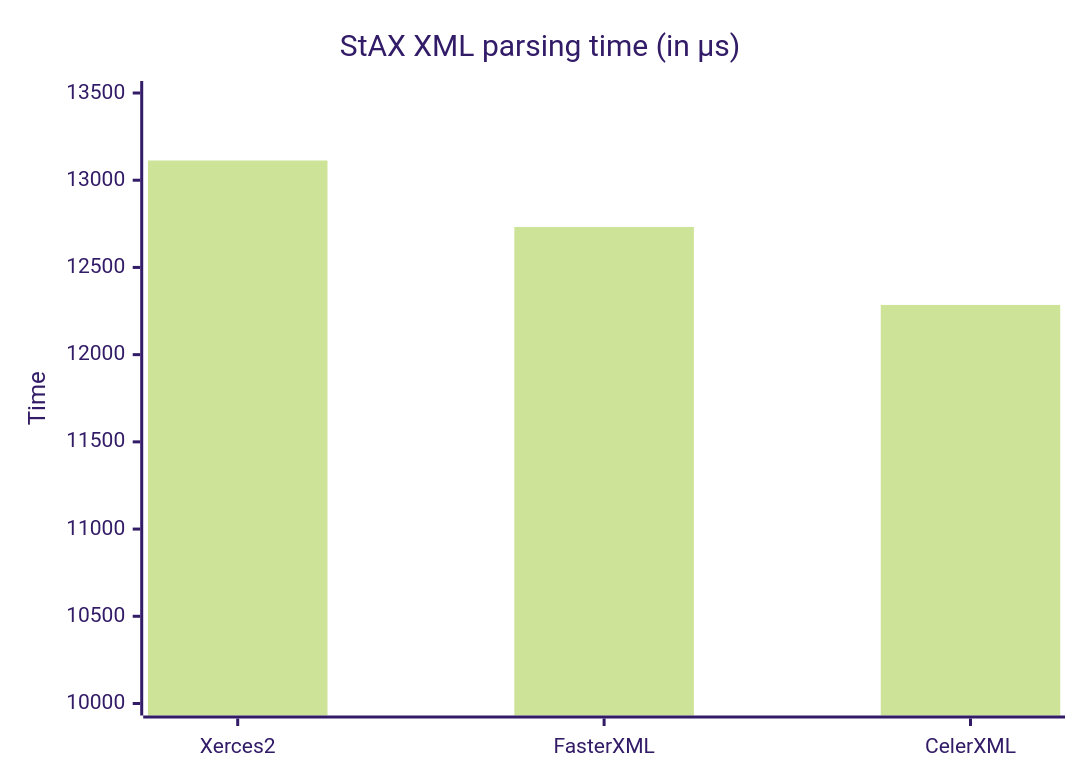
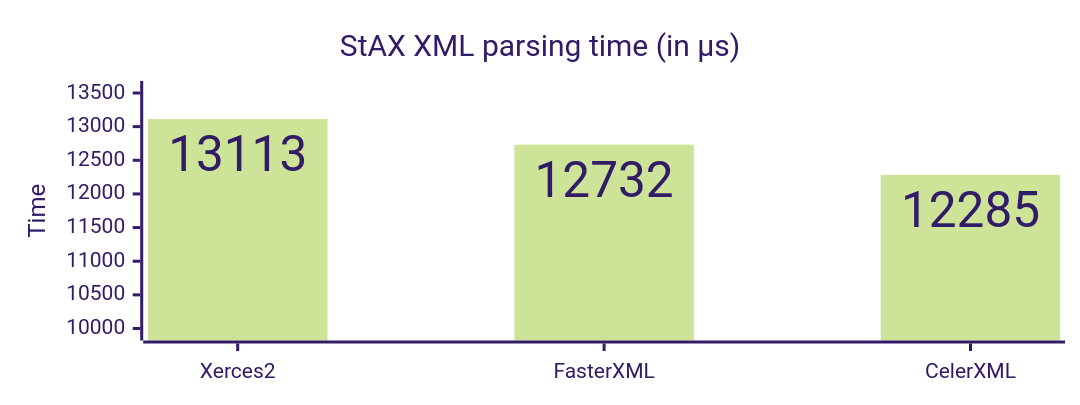
Before and after one commit to celersms/celerxml: the first of 3 diagrams in benchmark/README.md, drawn with Mermaid (forest theme). The commit also changed other lines of this file, not shown here.

````diff
--- a/benchmark/README.md
+++ b/benchmark/README.md
@@ -17,7 +17,13 @@
 ```mermaid
+---
+config:
+  xyChart:
+    height: 250
+    showDataLabel: true
+---
 xychart
     title "StAX XML parsing time (in µs)"
     x-axis [Xerces2, FasterXML, CelerXML]
     y-axis Time 10000 --> 13500
     bar [13113, 12732, 12285]
 ```
````
